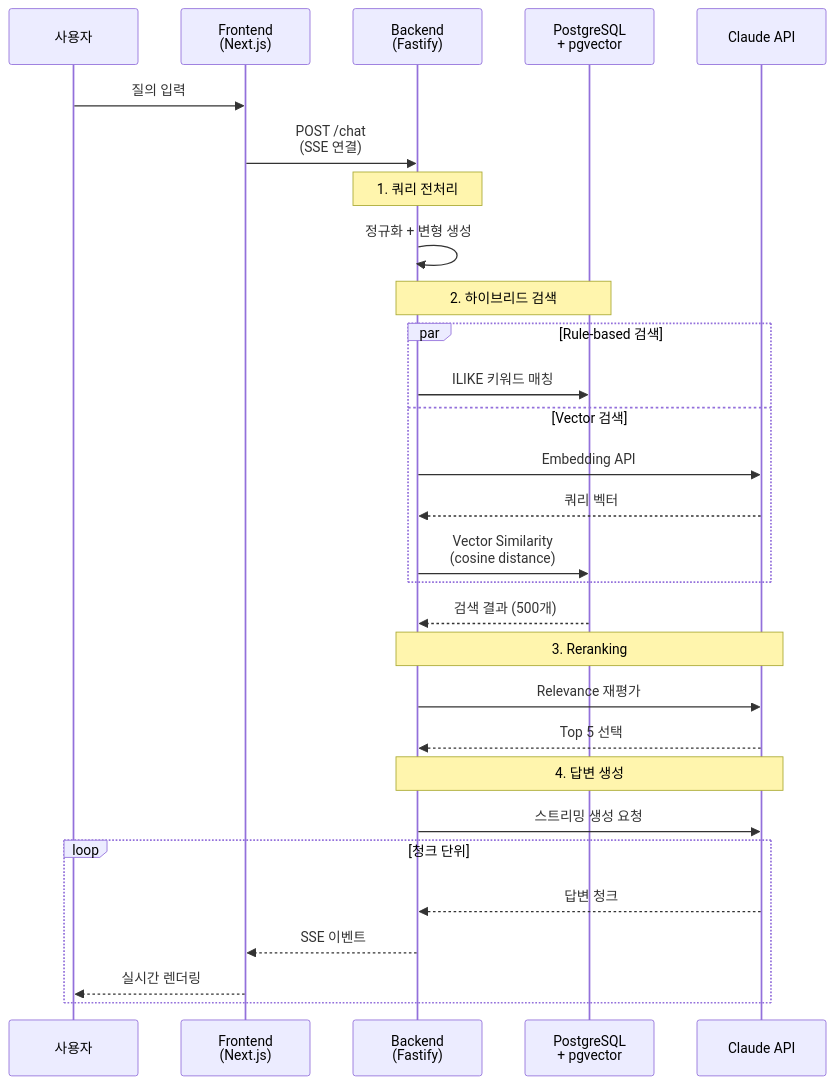
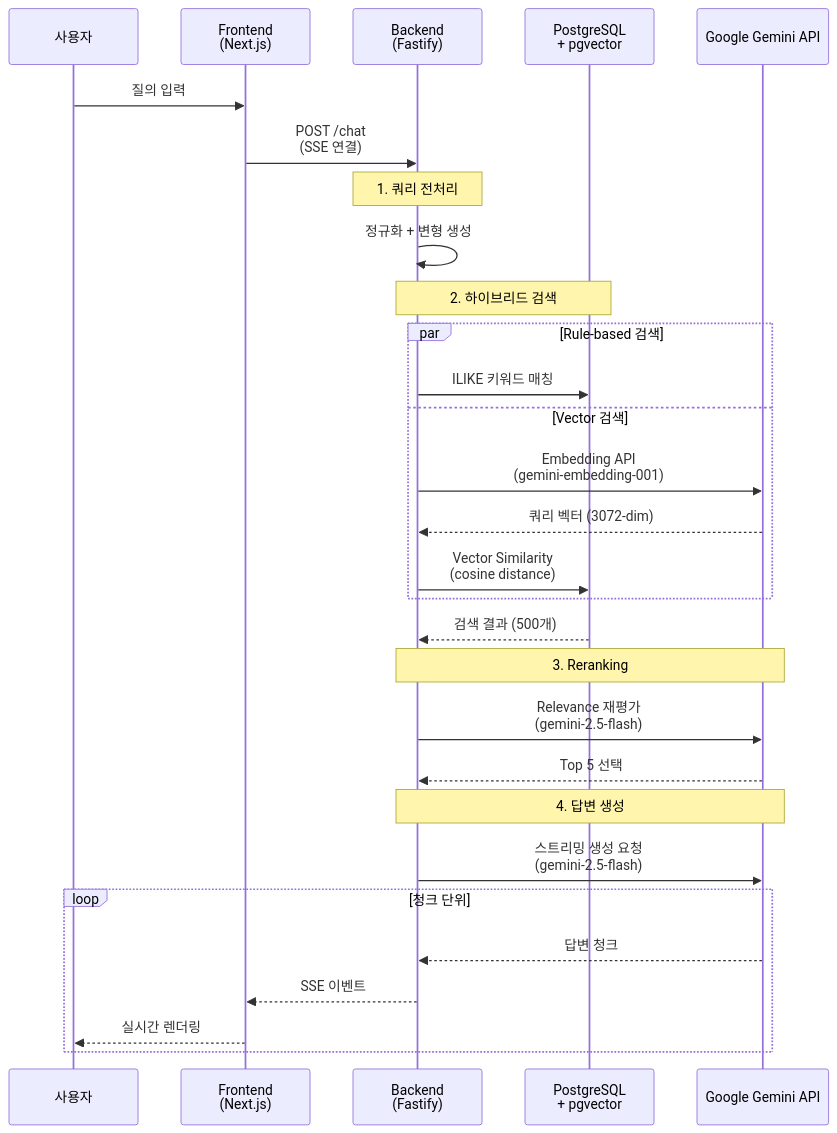
The third of 3 diagrams in README.md (jdhert/CS-ChatBot), drawn with Mermaid before and after one commit. The commit also changed other lines of this file, not shown here.

Commit message:
문서: LLM 모델 정보를 실제 사용 모델로 수정
- Claude API → Google Gemini API로 변경
- LLM: Google Gemini 2.5 Flash
- Embedding: Google Gemini Embedding 001 (3072-dim)
- 시스템 아키텍처 다이어그램 업데이트
- RAG 검색 흐름도에 모델명 명시 (gemini-2.5-flash, gemini-embedding-001)
- 환경 변수 설정 예시 업데이트

````diff
--- a/README.md
+++ b/README.md
@@ -289,36 +290,36 @@
 ```mermaid
 sequenceDiagram
     participant User as 사용자
     participant FE as Frontend<br/>(Next.js)
     participant BE as Backend<br/>(Fastify)
     participant DB as PostgreSQL<br/>+ pgvector
-    participant Claude as Claude API
+    participant Gemini as Google Gemini API
 
     User->>FE: 질의 입력
     FE->>BE: POST /chat<br/>(SSE 연결)
 
     Note over BE: 1. 쿼리 전처리
     BE->>BE: 정규화 + 변형 생성
 
     Note over BE,DB: 2. 하이브리드 검색
     par Rule-based 검색
         BE->>DB: ILIKE 키워드 매칭
     and Vector 검색
-        BE->>Claude: Embedding API
-        Claude-->>BE: 쿼리 벡터
+        BE->>Gemini: Embedding API<br/>(gemini-embedding-001)
+        Gemini-->>BE: 쿼리 벡터 (3072-dim)
         BE->>DB: Vector Similarity<br/>(cosine distance)
     end
     DB-->>BE: 검색 결과 (500개)
 
-    Note over BE,Claude: 3. Reranking
-    BE->>Claude: Relevance 재평가
-    Claude-->>BE: Top 5 선택
+    Note over BE,Gemini: 3. Reranking
+    BE->>Gemini: Relevance 재평가<br/>(gemini-2.5-flash)
+    Gemini-->>BE: Top 5 선택
 
-    Note over BE,Claude: 4. 답변 생성
-    BE->>Claude: 스트리밍 생성 요청
+    Note over BE,Gemini: 4. 답변 생성
+    BE->>Gemini: 스트리밍 생성 요청<br/>(gemini-2.5-flash)
     loop 청크 단위
-        Claude-->>BE: 답변 청크
+        Gemini-->>BE: 답변 청크
         BE-->>FE: SSE 이벤트
         FE-->>User: 실시간 렌더링
     end
 ```
````
